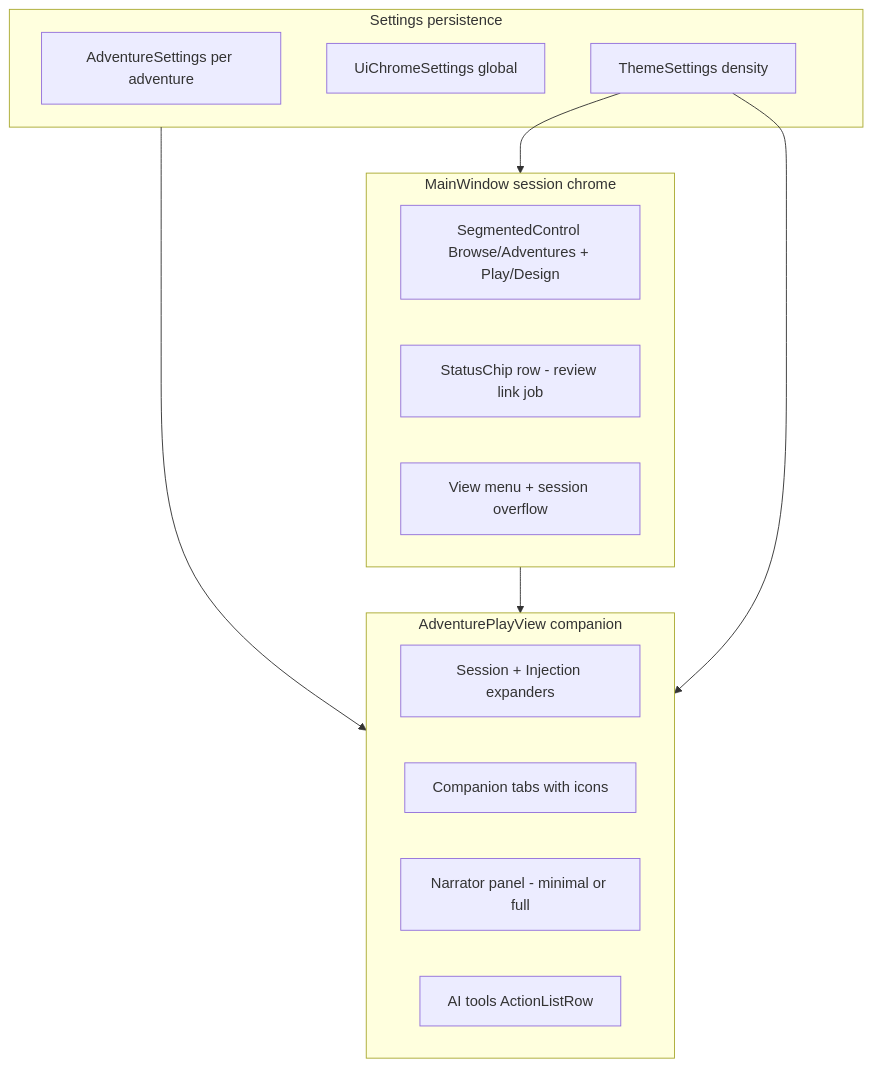
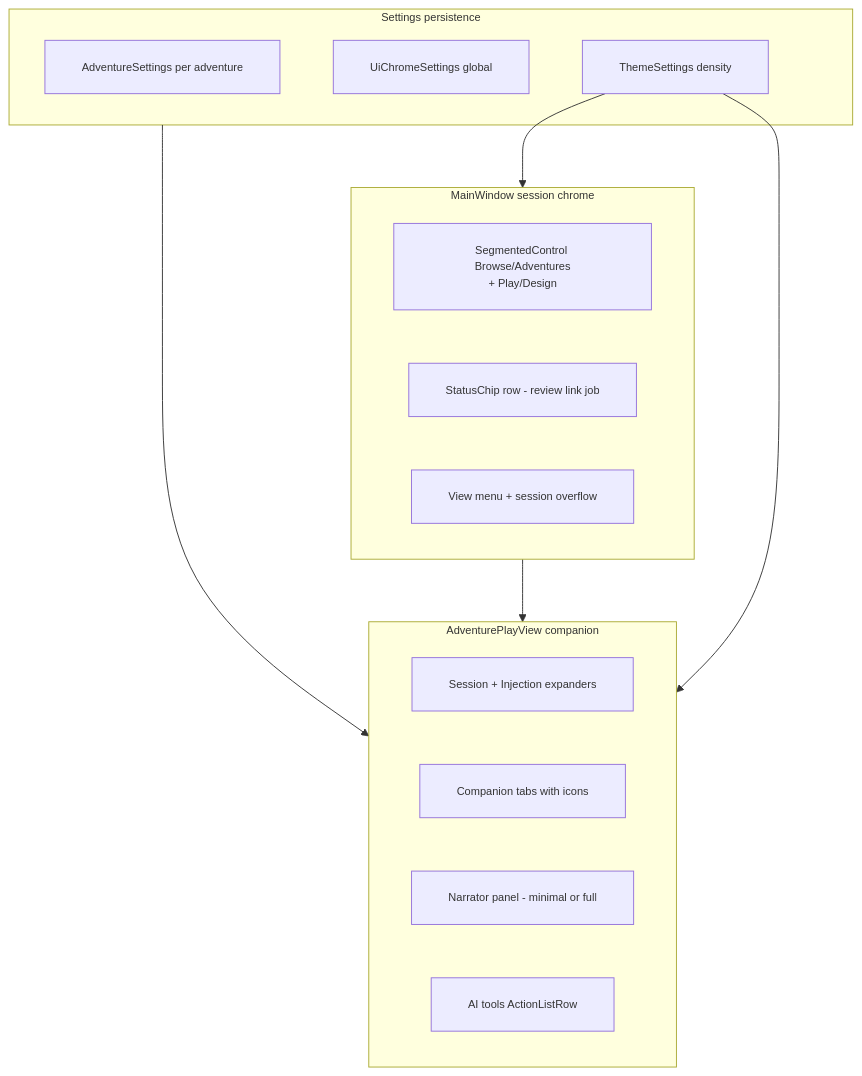
Before and after one commit to CMD0112/NarrativeGPT: the first of 2 diagrams in docs/plans/play-surface-ux-modernization-implementation-plan.md, drawn with Mermaid. The commit also changed other lines of this file and 788 other files, not shown here.

````diff
--- a/docs/plans/play-surface-ux-modernization-implementation-plan.md
+++ b/docs/plans/play-surface-ux-modernization-implementation-plan.md
@@ -120,26 +120,27 @@
 ```mermaid
+%%{init: {"flowchart":{"nodeSpacing":58,"rankSpacing":68,"padding":20,"subGraphTitleMargin":16,"diagramPadding":12,"htmlLabels":true},"themeVariables":{"fontSize":"12px"}} }%%
 flowchart TB
   subgraph shell [MainWindow session chrome]
-    SEG[SegmentedControl Browse/Adventures + Play/Design]
+    SEG[SegmentedControl Browse/Adventures<br/>+ Play/Design]
     CHIPS[StatusChip row - review link job]
     VIEW[View menu + session overflow]
   end
 
   subgraph play [AdventurePlayView companion]
     COCK[Session + Injection expanders]
     NAV[Companion tabs with icons]
     NAR[Narrator panel - minimal or full]
     AI[AI tools ActionListRow]
   end
 
   subgraph prefs [Settings persistence]
     ADV[AdventureSettings per adventure]
     CHR[UiChromeSettings global]
     THM[ThemeSettings density]
   end
 
   shell --> play
   prefs --> play
   THM --> shell
   THM --> play
 ```
````
